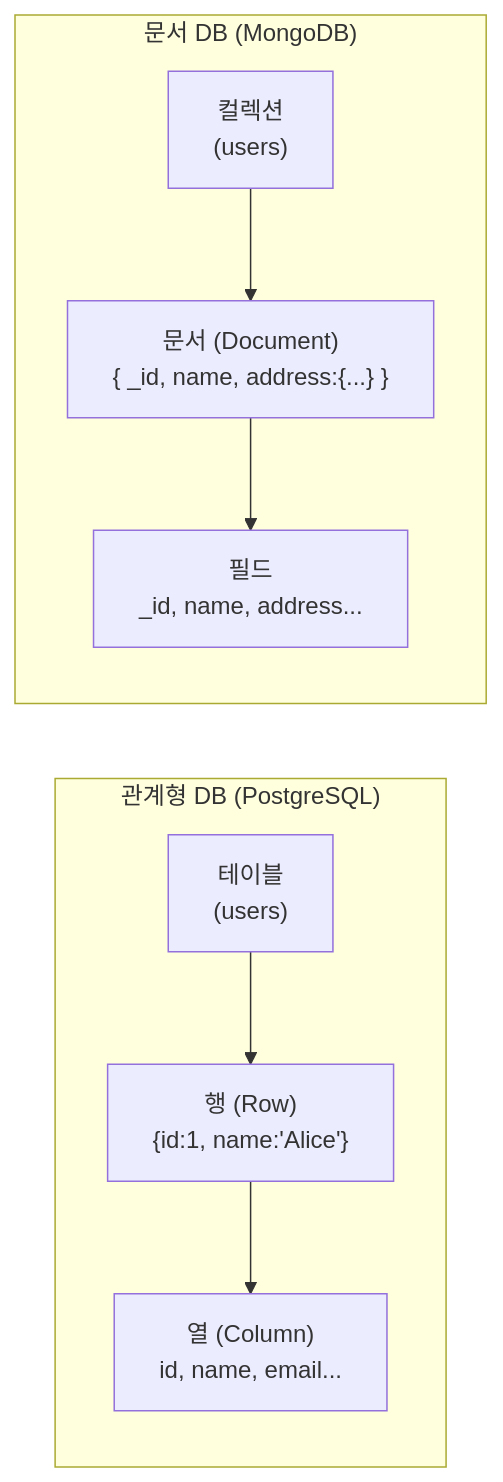
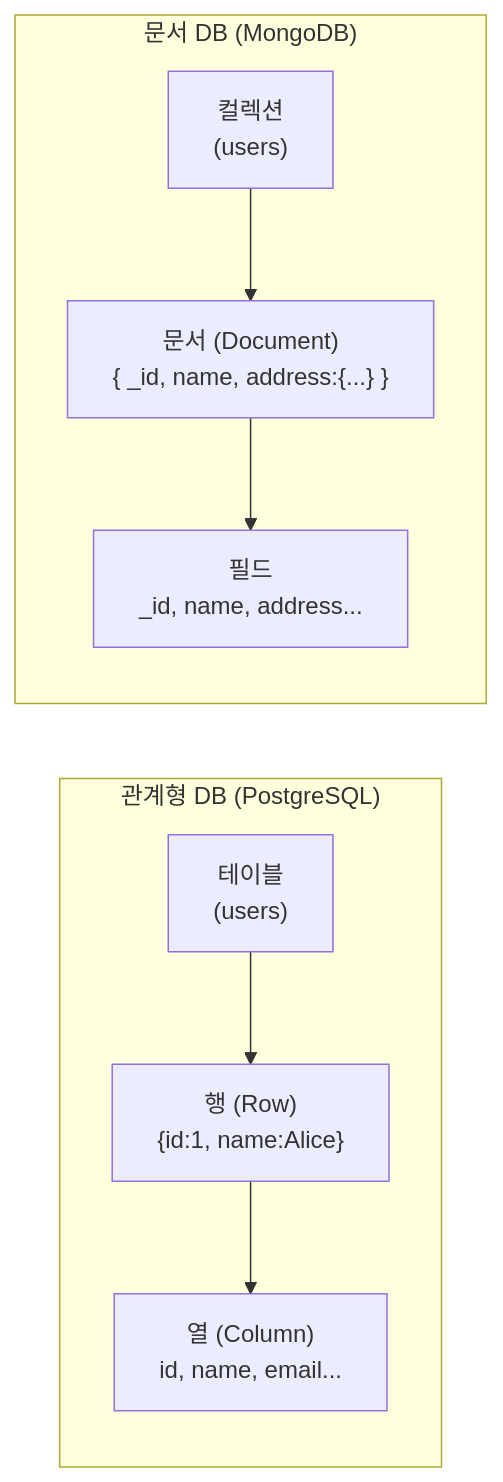
One commit to bjw202/coding-basic changed the second of 4 diagrams in content/week3/session8.mdx. Above: the diagram before and after it, drawn with Mermaid. The commit also changed 4 other files, not shown here.

First line of the commit message:
fix(mermaid): remove apostrophes causing parser errors across 5 sessions

````diff
--- a/content/week3/session8.mdx
+++ b/content/week3/session8.mdx
@@ -208,14 +208,14 @@
 ```mermaid
 flowchart LR
     subgraph RDB["관계형 DB (PostgreSQL)"]
         direction TB
-        테이블["테이블\n(users)"] --> 행["행 (Row)\n{id:1, name:'Alice'}"]
+        테이블["테이블\n(users)"] --> 행["행 (Row)\n{id:1, name:Alice}"]
         행 --> 열["열 (Column)\nid, name, email..."]
     end
 
     subgraph MongoDB["문서 DB (MongoDB)"]
         direction TB
         컬렉션["컬렉션\n(users)"] --> 문서["문서 (Document)\n{ _id, name, address:{...} }"]
         문서 --> 필드["필드\n_id, name, address..."]
     end
 ```
````
